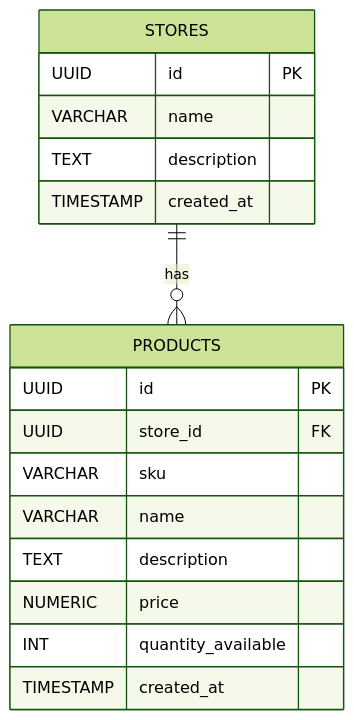
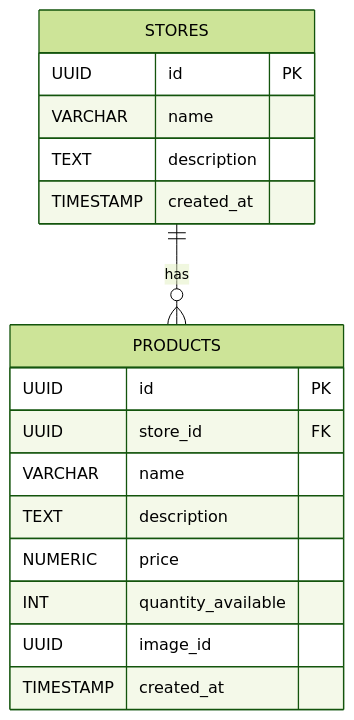
Before and after one commit to CM-market/transac: the fourth of 5 diagrams in docs/arc42.md, drawn with Mermaid (forest theme). The commit also changed other lines of this file and 15 other files, not shown here.

````diff
--- a/docs/arc42.md
+++ b/docs/arc42.md
@@ -168,23 +168,23 @@
 ```mermaid
 erDiagram
     STORES {
         UUID id PK
         VARCHAR name
         TEXT description
         TIMESTAMP created_at
     }
     PRODUCTS {
         UUID id PK
         UUID store_id FK
-        VARCHAR sku
         VARCHAR name
         TEXT description
         NUMERIC price
         INT quantity_available
+        UUID image_id
         TIMESTAMP created_at
     }
  
 
     STORES ||--o{ PRODUCTS : "has"
 
 ```
````
